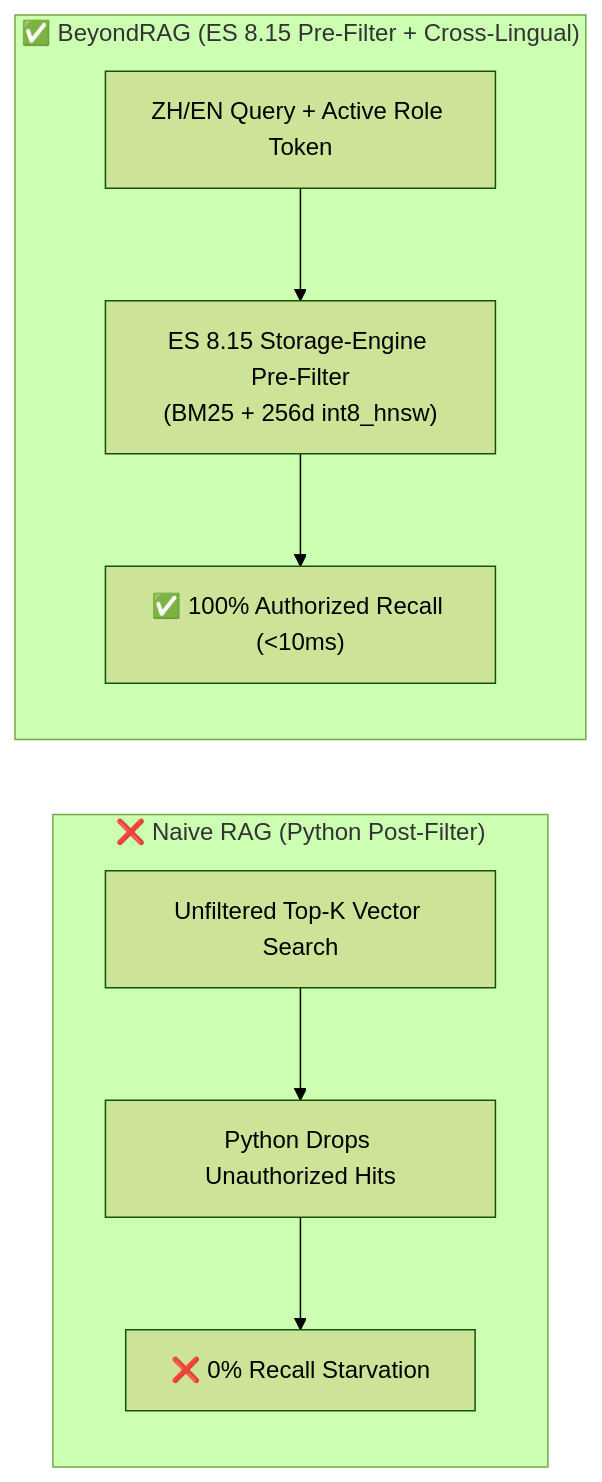
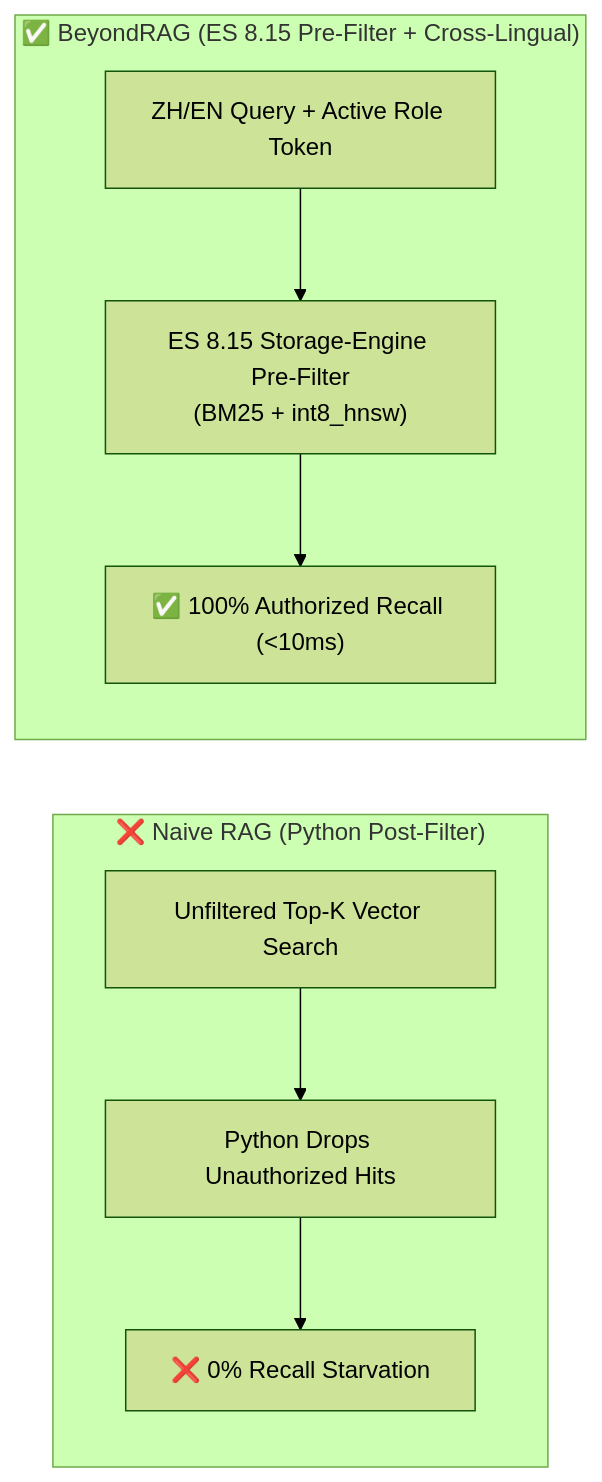
One commit to metemertkan/BeyondRAG changed the diagram in README.md. Above: the diagram before and after it, drawn with Mermaid (forest theme). The commit also changed other lines of this file, not shown here.

````diff
--- a/README.md
+++ b/README.md
@@ -14,10 +43,10 @@
 ```mermaid
 flowchart LR
     subgraph Naive["❌ Naive RAG (Python Post-Filter)"]
         N1["Unfiltered Top-K Vector Search"] --> N2["Python Drops Unauthorized Hits"] --> N3["❌ 0% Recall Starvation"]
     end
 
     subgraph Beyond["✅ BeyondRAG (ES 8.15 Pre-Filter + Cross-Lingual)"]
-        B1["ZH/EN Query + Active Role Token"] --> B2["ES 8.15 Storage-Engine Pre-Filter<br/>(BM25 + 256d int8_hnsw)"] --> B3["✅ 100% Authorized Recall (<10ms)"]
+        B1["ZH/EN Query + Active Role Token"] --> B2["ES 8.15 Storage-Engine Pre-Filter<br/>(BM25 + int8_hnsw)"] --> B3["✅ 100% Authorized Recall (<10ms)"]
     end
 ```
````
